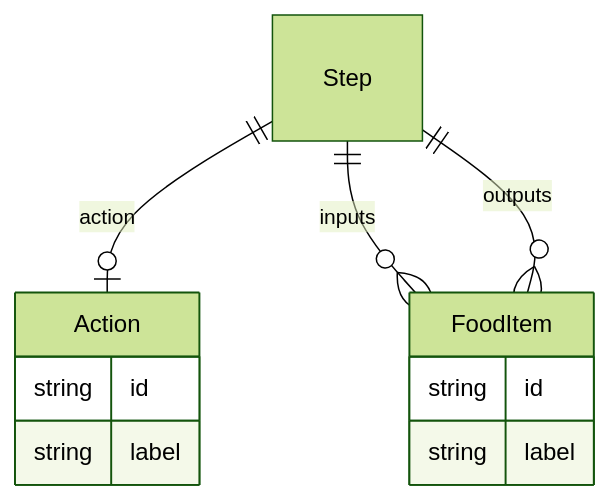
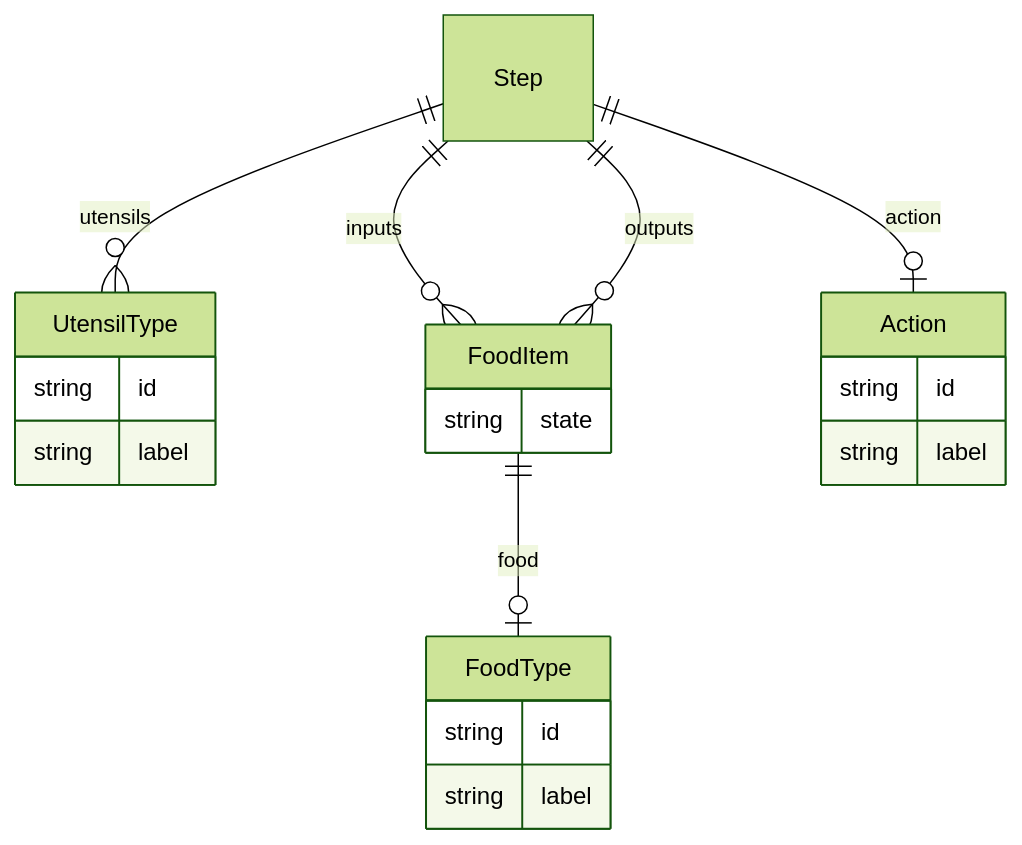
The diagram in docs/recipe/Step.md (monarch-initiative/ontogpt), drawn with Mermaid (forest theme) before and after one commit. The commit also changed other lines of this file and 93 other files, not shown here.

````diff
--- a/docs/recipe/Step.md
+++ b/docs/recipe/Step.md
@@ -8,19 +8,28 @@
 ```mermaid
 erDiagram
 Step {
 
 }
+UtensilType {
+    string id  
+    string label  
+}
 FoodItem {
+    string state  
+}
+FoodType {
     string id  
     string label  
 }
 Action {
     string id  
     string label  
 }
 
 Step ||--|o Action : "action"
 Step ||--}o FoodItem : "inputs"
 Step ||--}o FoodItem : "outputs"
+Step ||--}o UtensilType : "utensils"
+FoodItem ||--|o FoodType : "food"
 
 ```
````
